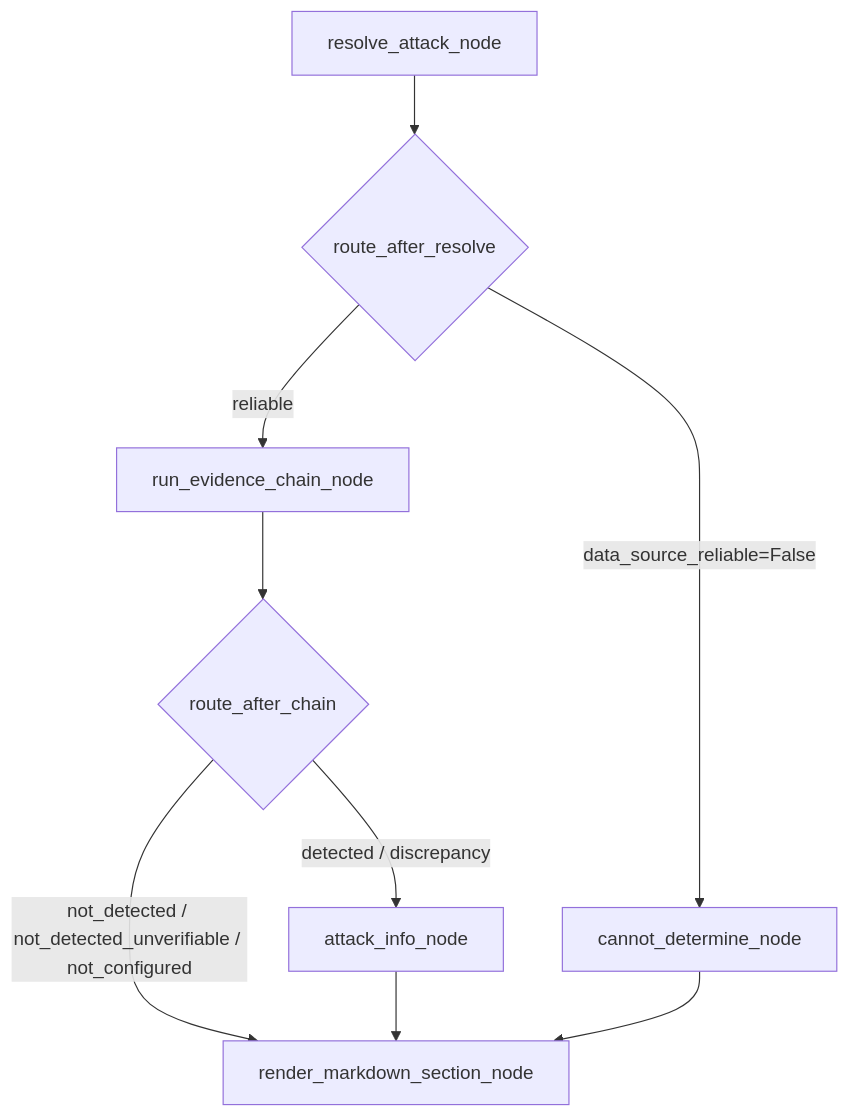
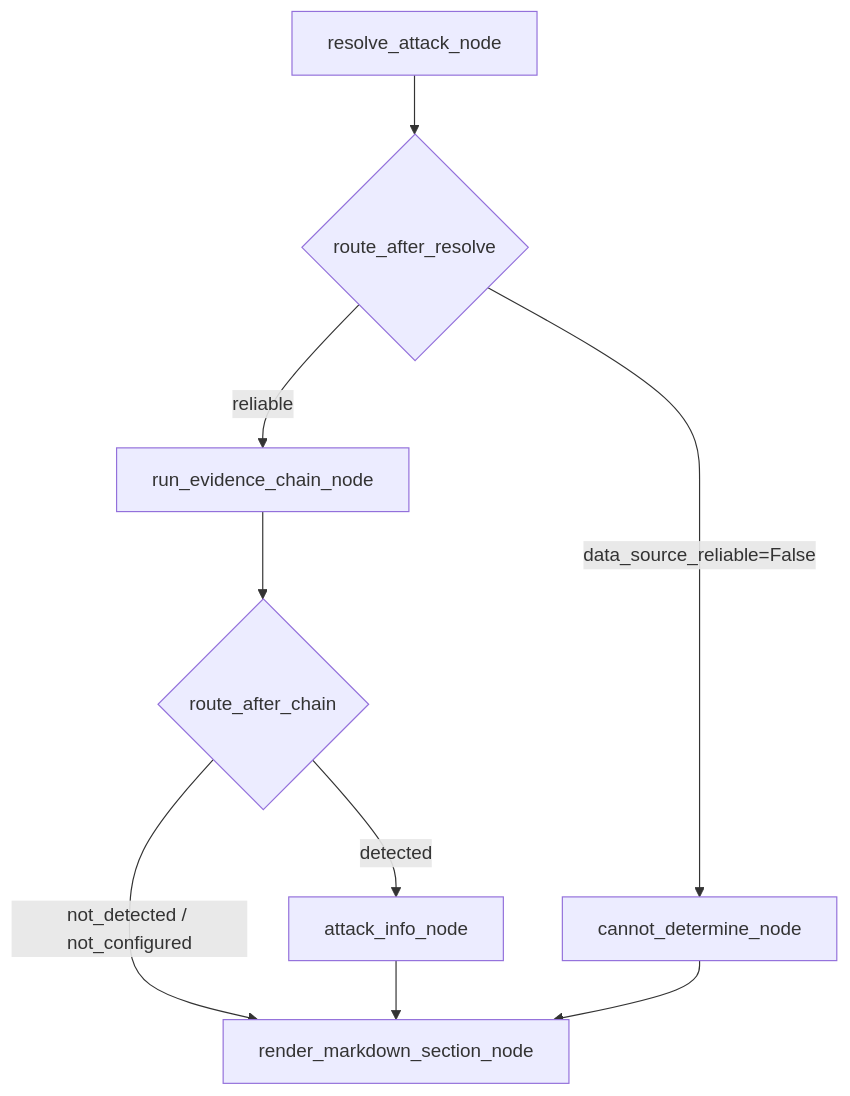
One commit to Vignesh-ViggyPiggy/cybersec_agent_with_langgraph_2 changed the second of 3 diagrams in DOCUMENTATION.md. Above: the diagram before and after it, drawn with Mermaid. The commit also changed other lines of this file and 3 other files, not shown here.

````diff
--- a/DOCUMENTATION.md
+++ b/DOCUMENTATION.md
@@ -98,11 +98,11 @@
 ```mermaid
 flowchart TD
     R[resolve_attack_node] --> route1{route_after_resolve}
     route1 -->|"data_source_reliable=False"| CD[cannot_determine_node]
     route1 -->|"reliable"| EC[run_evidence_chain_node]
     EC --> route2{route_after_chain}
-    route2 -->|"detected / discrepancy"| AI[attack_info_node]
-    route2 -->|"not_detected / not_detected_unverifiable / not_configured"| RM[render_markdown_section_node]
+    route2 -->|"detected"| AI[attack_info_node]
+    route2 -->|"not_detected / not_configured"| RM[render_markdown_section_node]
     AI --> RM
     CD --> RM
 ```
````
